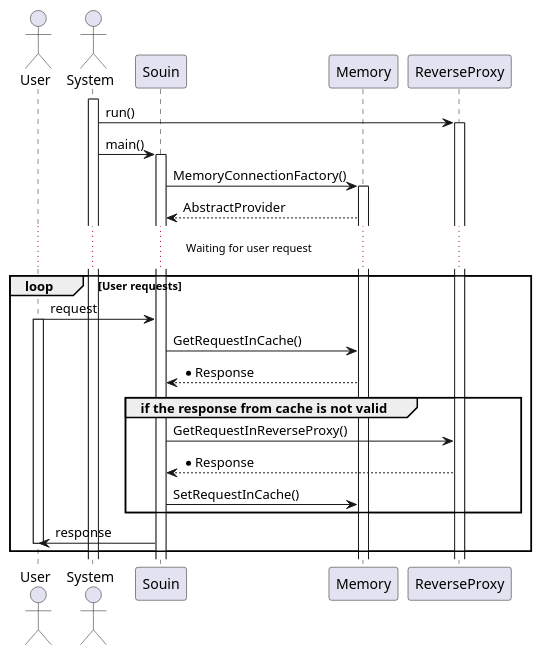
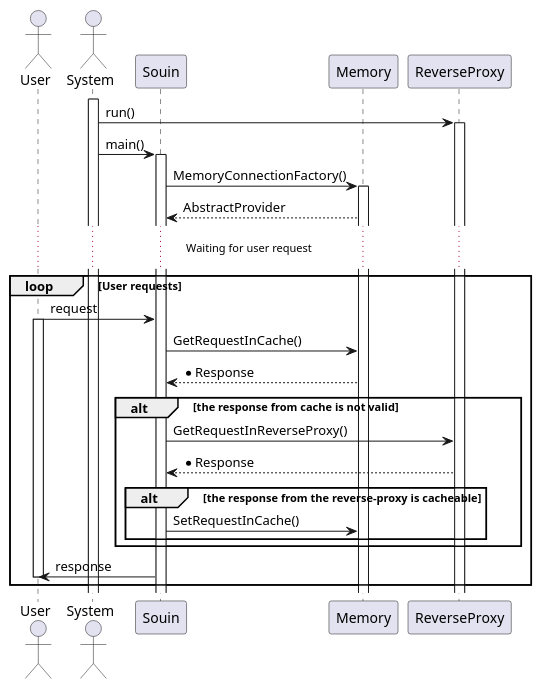
Before and after one commit to darkweak/souin: the diagram in docs/plantUML/sequenceDiagram.puml, drawn with PlantUML. The commit also changed 43 other files, not shown here.

```diff
--- a/docs/plantUML/sequenceDiagram.puml
+++ b/docs/plantUML/sequenceDiagram.puml
@@ -1,26 +1,28 @@
 @startuml
 actor User
 actor System
 activate System
 participant Souin
 participant Memory
 participant ReverseProxy
 System -> ReverseProxy ++ : run()
 System -> Souin ++ : main()
 Souin -> Memory ++ : MemoryConnectionFactory()
 Souin <-- Memory : AbstractProvider
 ... Waiting for user request ...
 loop User requests
   User -> Souin : request
   activate User
   Souin -> Memory: GetRequestInCache()
   Souin <-- Memory: *Response
-  group if the response from cache is not valid
+  alt the response from cache is not valid
     Souin -> ReverseProxy: GetRequestInReverseProxy()
     Souin <-- ReverseProxy: *Response
-    Souin -> Memory: SetRequestInCache()
+    alt the response from the reverse-proxy is cacheable
+      Souin -> Memory: SetRequestInCache()
+    end
   end
 Souin -> User : response
 deactivate User
 end
 @enduml
```
